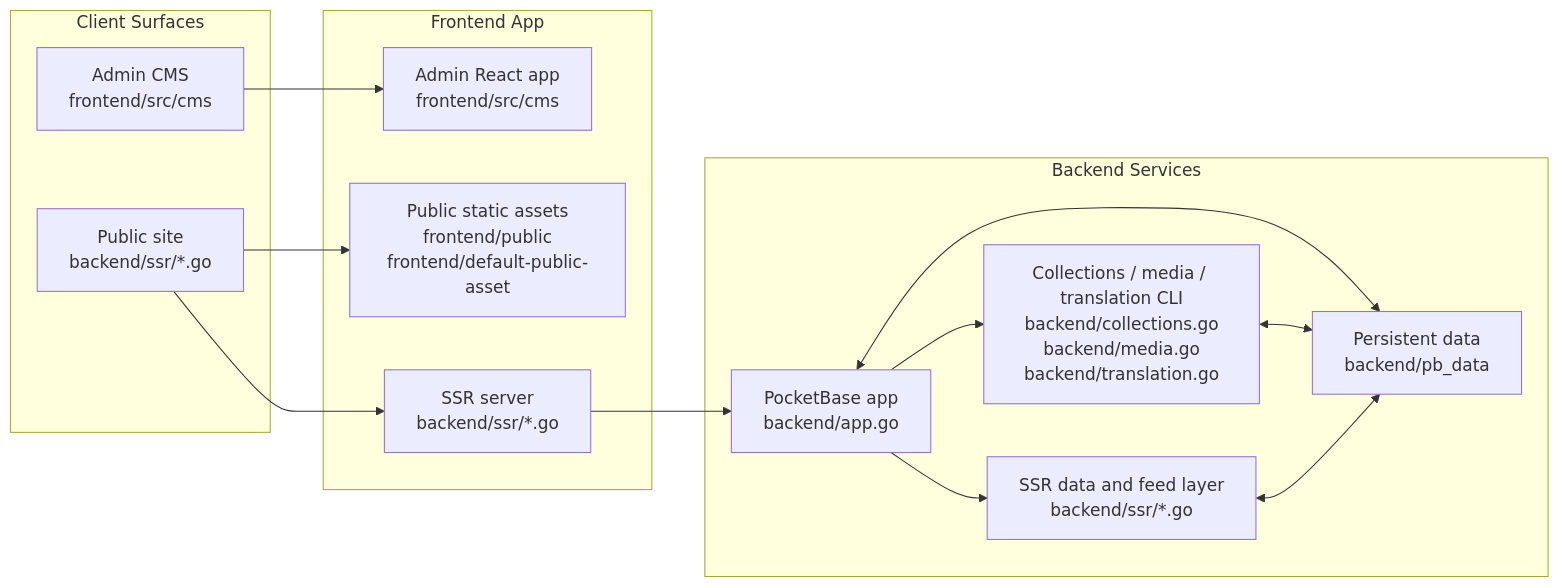
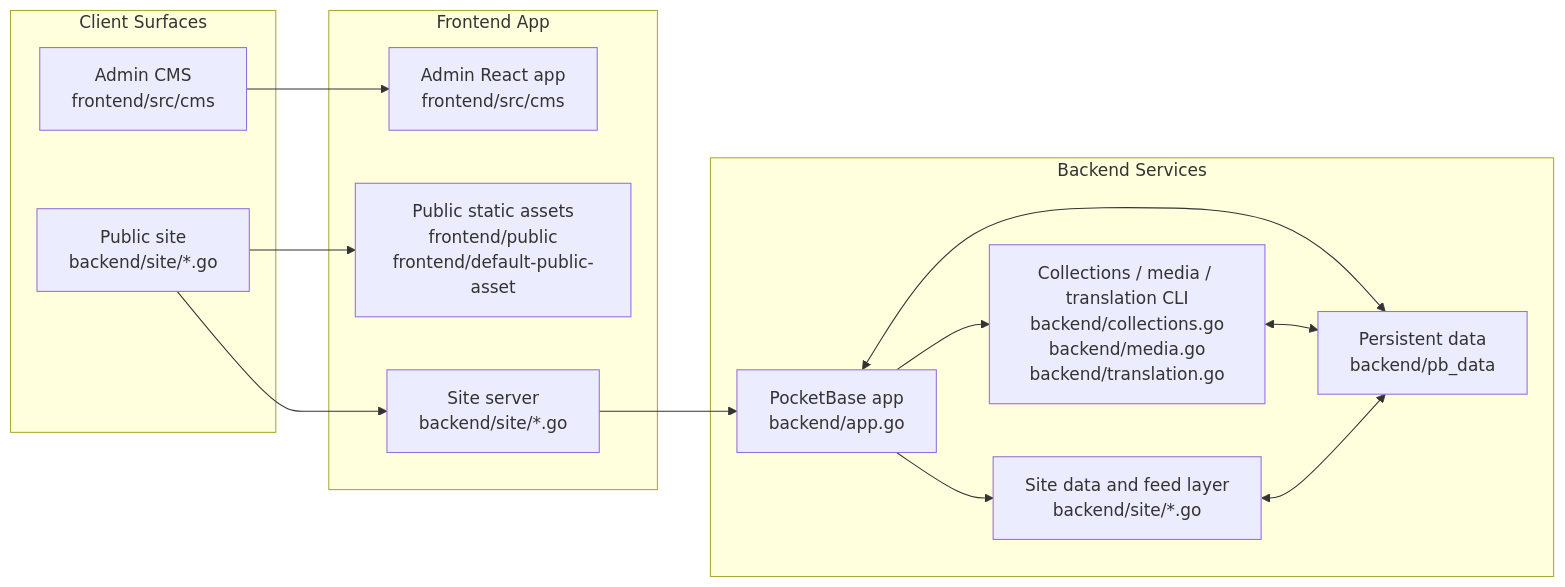
The diagram in README.md (haturatu/alleycat), drawn with Mermaid before and after one commit. The commit also changed other lines of this file and 26 other files, not shown here.

Commit message:
fix: ssr -> site

````diff
--- a/README.md
+++ b/README.md
@@ -51,30 +51,30 @@
 ```mermaid
 flowchart LR
   subgraph Client["Client Surfaces"]
-    Public["Public site<br/>backend/ssr/*.go"]
+    Public["Public site<br/>backend/site/*.go"]
     Admin["Admin CMS<br/>frontend/src/cms"]
   end
 
   subgraph Frontend["Frontend App"]
     AdminApp["Admin React app<br/>frontend/src/cms"]
     Theme["Public static assets<br/>frontend/public<br/>frontend/default-public-asset"]
-    SSR["SSR server<br/>backend/ssr/*.go"]
+    Site["Site server<br/>backend/site/*.go"]
   end
 
   subgraph Backend["Backend Services"]
     PB["PocketBase app<br/>backend/app.go"]
     Collections["Collections / media / translation CLI<br/>backend/collections.go<br/>backend/media.go<br/>backend/translation.go"]
-    SSRData["SSR data and feed layer<br/>backend/ssr/*.go"]
+    SiteData["Site data and feed layer<br/>backend/site/*.go"]
     Data["Persistent data<br/>backend/pb_data"]
   end
 
   Admin --> AdminApp
   Public --> Theme
-  Public --> SSR
-  SSR --> PB
+  Public --> Site
+  Site --> PB
   PB --> Collections
-  PB --> SSRData
+  PB --> SiteData
   PB <--> Data
   Collections <--> Data
-  SSRData <--> Data
+  SiteData <--> Data
 ```
````
